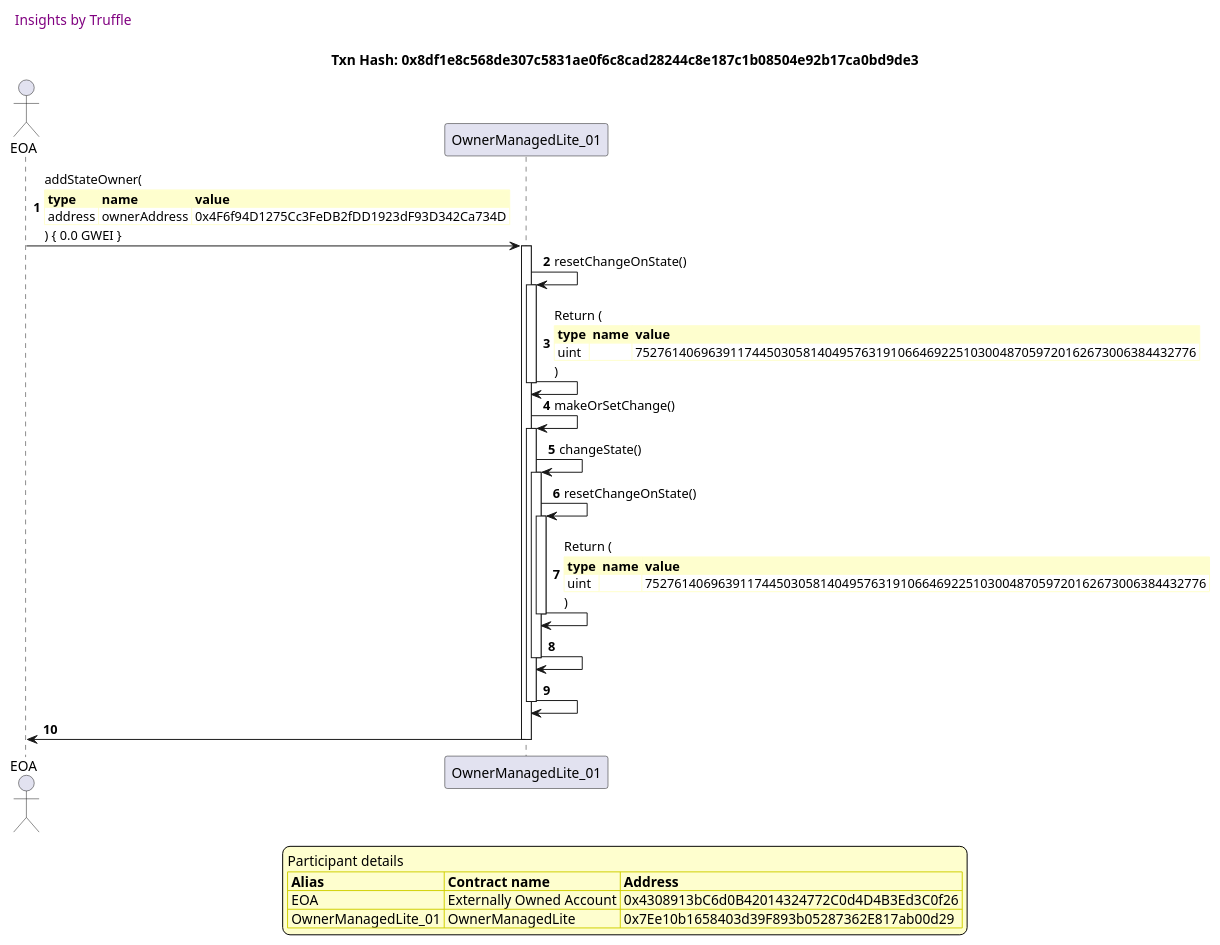
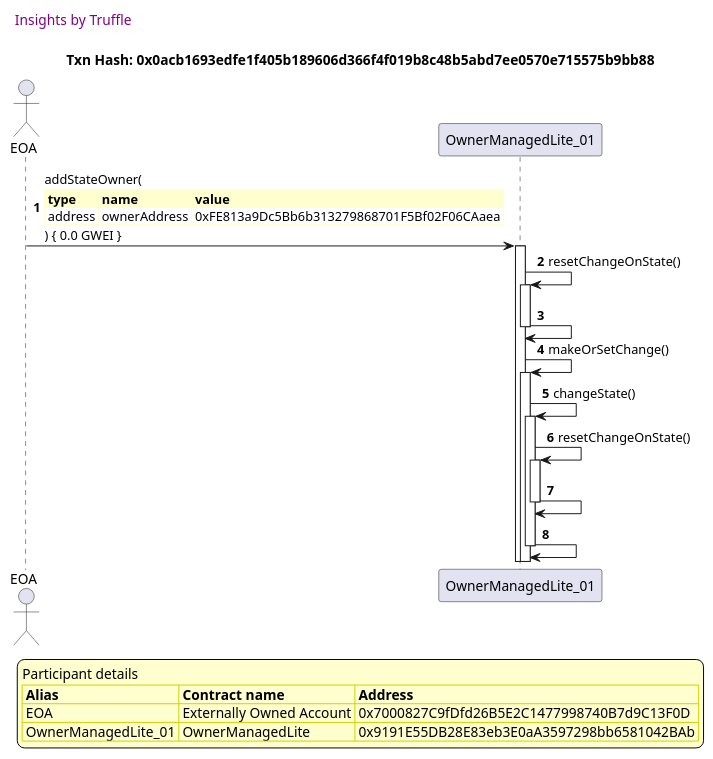
Diagram 16 of 31 in truffle-seq/OwnerManagedLite_test_griefing_prevention.md (thedarkjester/ConsensysAssignment), drawn with PlantUML before and after one commit. The commit also changed other lines of this file and 13 other files, not shown here.

````diff
--- a/truffle-seq/OwnerManagedLite_test_griefing_prevention.md
+++ b/truffle-seq/OwnerManagedLite_test_griefing_prevention.md
@@ -796,54 +744,46 @@
 ```plantuml
 
 
 @startuml
 
 autonumber
 skinparam legendBackgroundColor #FEFECE
 
 <style>
       header {
         HorizontalAlignment left
         FontColor purple
         FontSize 14
         Padding 10
       }
     </style>
 
 header Insights by Truffle
 
-title Txn Hash: 0x8df1e8c568de307c5831ae0f6c8cad28244c8e187c1b08504e92b17ca0bd9de3
+title Txn Hash: 0x0acb1693edfe1f405b189606d366f4f019b8c48b5abd7ee0570e715575b9bb88
 
 
 actor EOA as "EOA"
 participant OwnerManagedLite_01 as "OwnerManagedLite_01"
 
 "EOA" -> "OwnerManagedLite_01" ++: addStateOwner(\n\
 <#FEFECE,#FEFECE>|= type |= name |= value |\n\
-| address | ownerAddress | 0x4F6f94D1275Cc3FeDB2fDD1923dF93D342Ca734D |\n\
+| address | ownerAddress | 0xFE813a9Dc5Bb6b313279868701F5Bf02F06CAaea |\n\
 ) { 0.0 GWEI }
 "OwnerManagedLite_01" -> "OwnerManagedLite_01" ++: resetChangeOnState()
-"OwnerManagedLite_01" -> "OwnerManagedLite_01" --: Return (\n\
-<#FEFECE,#FEFECE>|= type |= name |= value |\n\
-| uint |  | 75276140696391174450305814049576319106646922510300487059720162673006384432776 |\n\
-)
+"OwnerManagedLite_01" -> "OwnerManagedLite_01" --: 
 "OwnerManagedLite_01" -> "OwnerManagedLite_01" ++: makeOrSetChange()
 "OwnerManagedLite_01" -> "OwnerManagedLite_01" ++: changeState()
 "OwnerManagedLite_01" -> "OwnerManagedLite_01" ++: resetChangeOnState()
-"OwnerManagedLite_01" -> "OwnerManagedLite_01" --: Return (\n\
-<#FEFECE,#FEFECE>|= type |= name |= value |\n\
-| uint |  | 75276140696391174450305814049576319106646922510300487059720162673006384432776 |\n\
-)
 "OwnerManagedLite_01" -> "OwnerManagedLite_01" --: 
 "OwnerManagedLite_01" -> "OwnerManagedLite_01" --: 
-"OwnerManagedLite_01" -> "EOA" --: 
 
 legend
 Participant details
 <#FEFECE,#D0D000>|= Alias |= Contract name |= Address |
-<#FEFECE>| EOA | Externally Owned Account | 0x4308913bC6d0B42014324772C0d4D4B3Ed3C0f26 |
-<#FEFECE>| OwnerManagedLite_01 | OwnerManagedLite | 0x7Ee10b1658403d39F893b05287362E817ab00d29 |
+<#FEFECE>| EOA | Externally Owned Account | 0x7000827C9fDfd26B5E2C1477998740B7d9C13F0D |
+<#FEFECE>| OwnerManagedLite_01 | OwnerManagedLite | 0x9191E55DB28E83eb3E0aA3597298bb6581042BAb |
 endlegend
 
 @enduml
 ```
````
